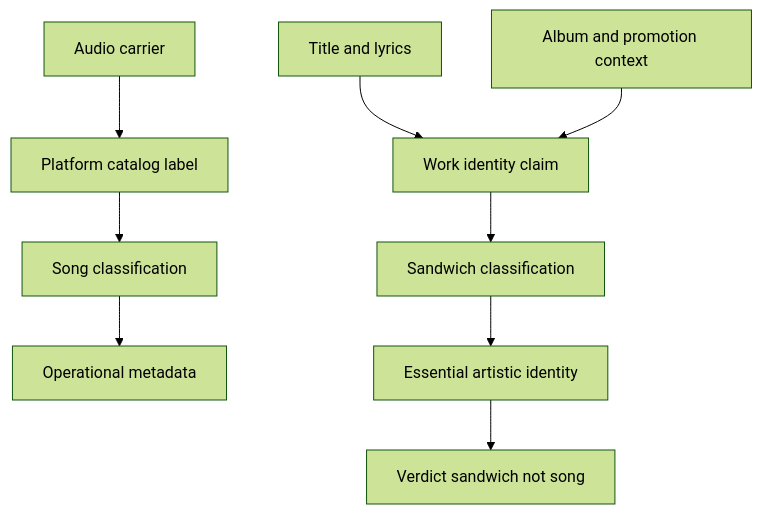
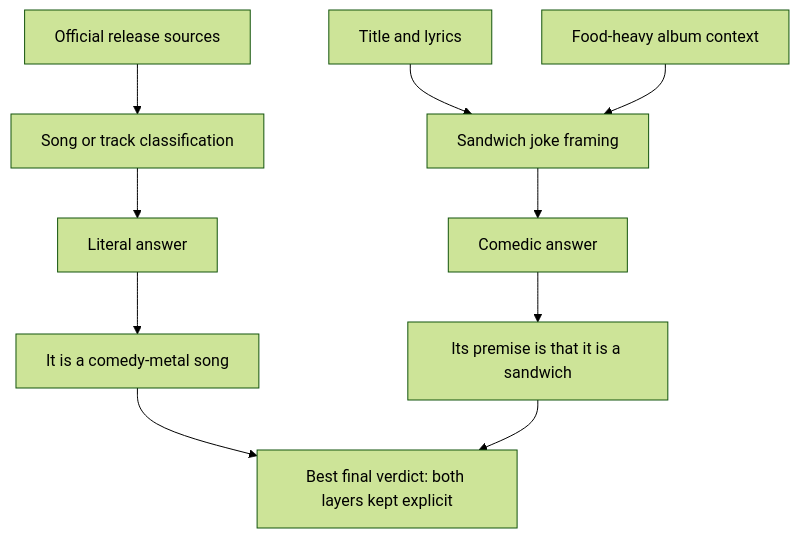
The first of 2 diagrams in Psychostick_Sandwich_Classification_Argument/full_report.md (shellsage-ai/research-reports), drawn with Mermaid (forest theme) before and after one commit. The commit also changed other lines of this file and 34 other files, not shown here.

````diff
--- a/Psychostick_Sandwich_Classification_Argument/full_report.md
+++ b/Psychostick_Sandwich_Classification_Argument/full_report.md
@@ -168,11 +138,12 @@
 ```mermaid
 flowchart TD
-  A[Audio carrier] --> B[Platform catalog label]
-  C[Title and lyrics] --> D[Work identity claim]
-  E[Album and promotion context] --> D
-  B --> F[Song classification]
-  D --> G[Sandwich classification]
-  F --> H[Operational metadata]
-  G --> I[Essential artistic identity]
-  I --> J[Verdict sandwich not song]
+  A[Official release sources] --> B[Song or track classification]
+  C[Title and lyrics] --> D[Sandwich joke framing]
+  E[Food-heavy album context] --> D
+  B --> F[Literal answer]
+  D --> G[Comedic answer]
+  F --> H[It is a comedy-metal song]
+  G --> I[Its premise is that it is a sandwich]
+  H --> J[Best final verdict: both layers kept explicit]
+  I --> J
 ```
````
